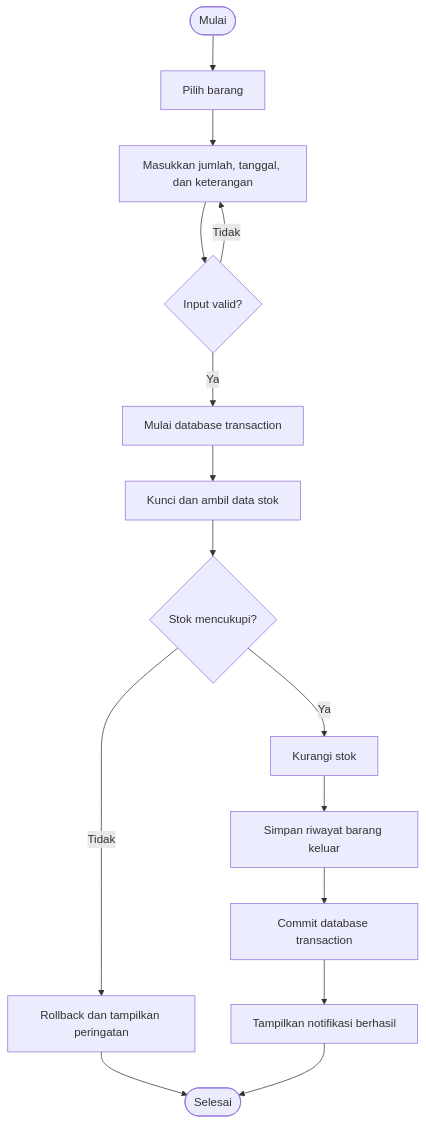
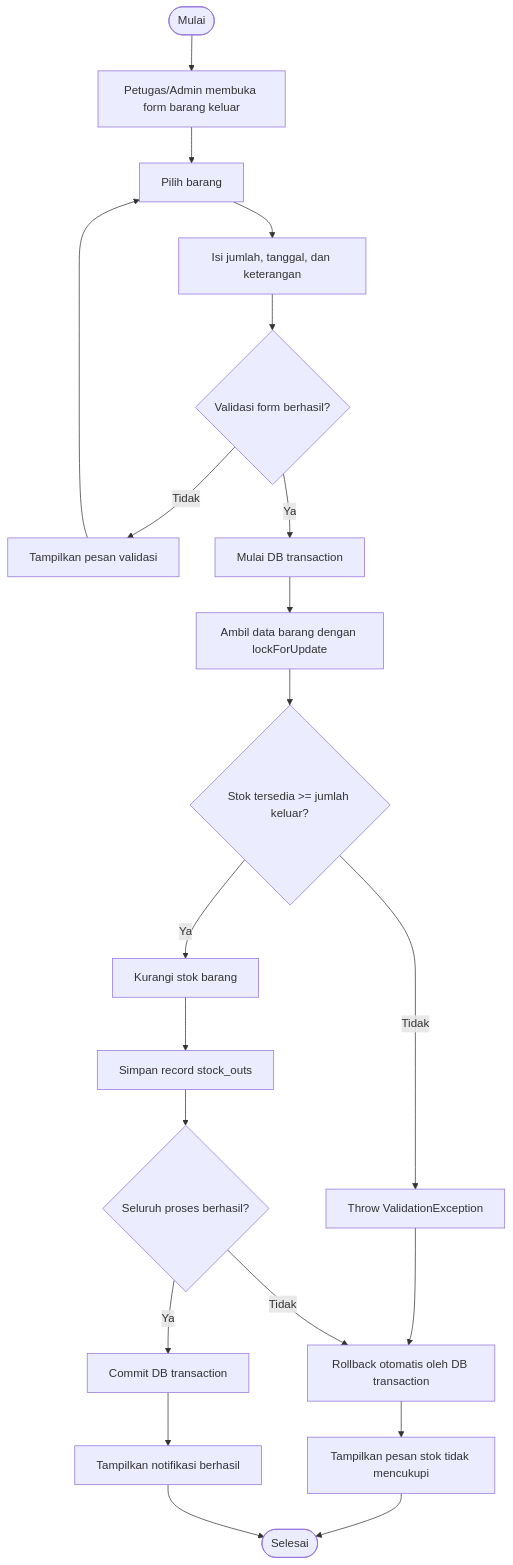
The diagram in docs/activity-barang-keluar.mmd (allegra511/inventaris-laravel-starter), drawn with Mermaid before and after one commit. The commit also changed other lines of this file and 53 other files, not shown here.

```diff
--- a/docs/activity-barang-keluar.mmd
+++ b/docs/activity-barang-keluar.mmd
@@ -1,15 +1,21 @@
 flowchart TD
-    A([Mulai]) --> B[Pilih barang]
-    B --> C[Masukkan jumlah, tanggal, dan keterangan]
-    C --> D{Input valid?}
-    D -- Tidak --> C
-    D -- Ya --> E[Mulai database transaction]
-    E --> F[Kunci dan ambil data stok]
-    F --> G{Stok mencukupi?}
-    G -- Tidak --> H[Rollback dan tampilkan peringatan]
-    H --> I([Selesai])
-    G -- Ya --> J[Kurangi stok]
-    J --> K[Simpan riwayat barang keluar]
-    K --> L[Commit database transaction]
-    L --> M[Tampilkan notifikasi berhasil]
-    M --> I
+    A([Mulai]) --> B[Petugas/Admin membuka form barang keluar]
+    B --> C[Pilih barang]
+    C --> D[Isi jumlah, tanggal, dan keterangan]
+    D --> E{Validasi form berhasil?}
+    E -- Tidak --> F[Tampilkan pesan validasi]
+    F --> C
+    E -- Ya --> G[Mulai DB transaction]
+    G --> H[Ambil data barang dengan lockForUpdate]
+    H --> I{Stok tersedia >= jumlah keluar?}
+    I -- Tidak --> J[Throw ValidationException]
+    J --> K[Rollback otomatis oleh DB transaction]
+    K --> L[Tampilkan pesan stok tidak mencukupi]
+    I -- Ya --> M[Kurangi stok barang]
+    M --> N[Simpan record stock_outs]
+    N --> O{Seluruh proses berhasil?}
+    O -- Tidak --> K
+    O -- Ya --> P[Commit DB transaction]
+    P --> Q[Tampilkan notifikasi berhasil]
+    L --> R([Selesai])
+    Q --> R
```
